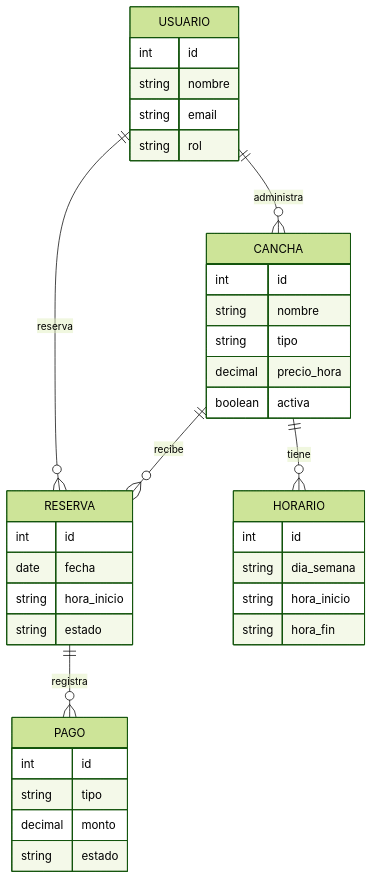
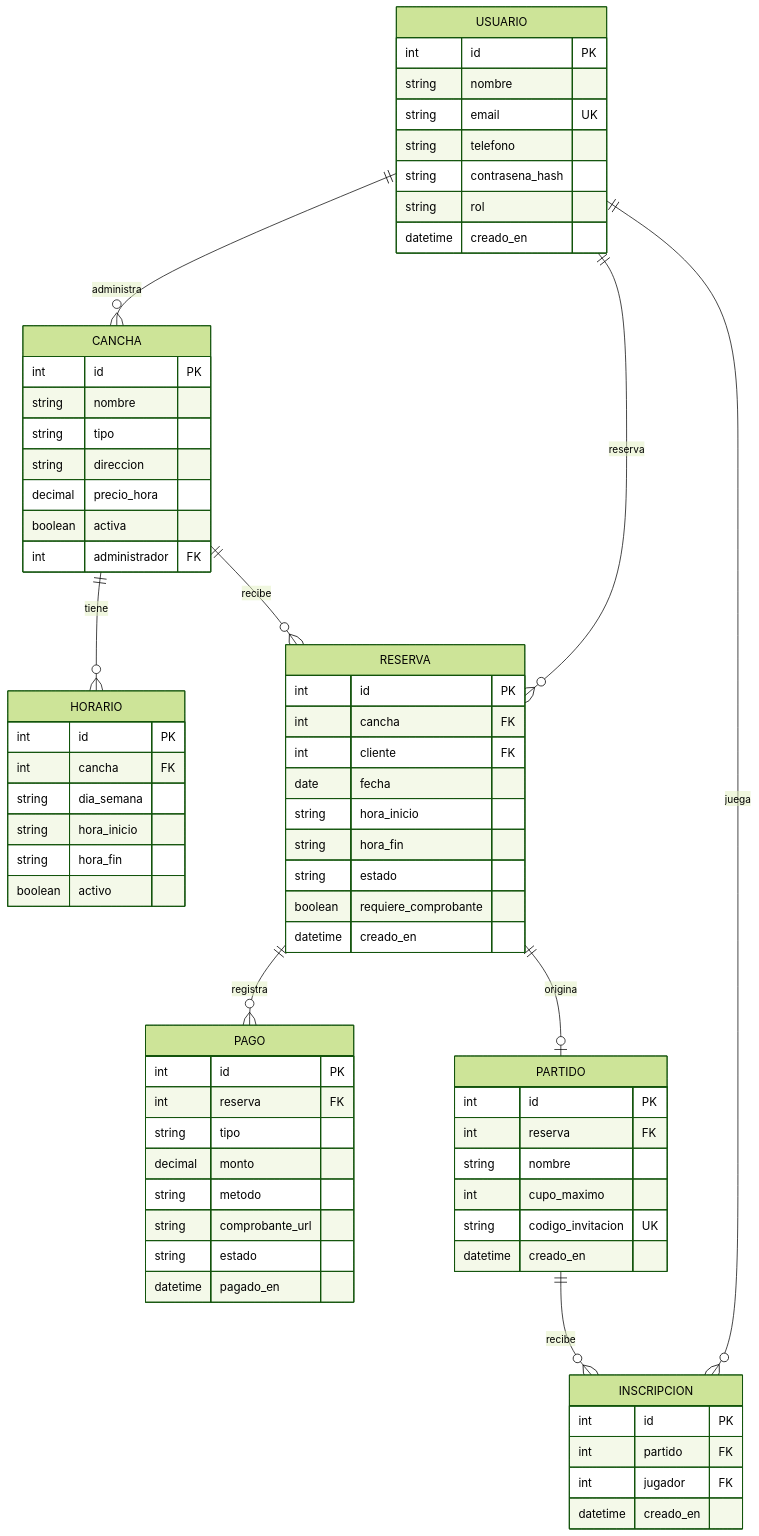
One commit to Pibex17/GO-ARQUITECTURA changed the first of 2 diagrams in docs/hito1_ficha_del_negocio.md. Above: the diagram before and after it, drawn with Mermaid (forest theme). The commit also changed other lines of this file, not shown here.

````diff
--- a/docs/hito1_ficha_del_negocio.md
+++ b/docs/hito1_ficha_del_negocio.md
@@ -237,40 +300,73 @@
 ```mermaid
 erDiagram
     USUARIO ||--o{ CANCHA : administra
     USUARIO ||--o{ RESERVA : reserva
+    USUARIO ||--o{ INSCRIPCION : juega
     CANCHA ||--o{ HORARIO : tiene
     CANCHA ||--o{ RESERVA : recibe
     RESERVA ||--o{ PAGO : registra
+    RESERVA ||--o| PARTIDO : origina
+    PARTIDO ||--o{ INSCRIPCION : recibe
 
     USUARIO {
-        int id
+        int id PK
         string nombre
-        string email
+        string email UK
+        string telefono
+        string contrasena_hash
         string rol
+        datetime creado_en
     }
     CANCHA {
-        int id
+        int id PK
         string nombre
         string tipo
+        string direccion
         decimal precio_hora
         boolean activa
+        int administrador FK
     }
     HORARIO {
-        int id
+        int id PK
+        int cancha FK
         string dia_semana
         string hora_inicio
         string hora_fin
+        boolean activo
     }
     RESERVA {
-        int id
+        int id PK
+        int cancha FK
+        int cliente FK
         date fecha
         string hora_inicio
+        string hora_fin
         string estado
+        boolean requiere_comprobante
+        datetime creado_en
     }
     PAGO {
-        int id
+        int id PK
+        int reserva FK
         string tipo
         decimal monto
+        string metodo
+        string comprobante_url
         string estado
+        datetime pagado_en
+    }
+    PARTIDO {
+        int id PK
+        int reserva FK
+        string nombre
+        int cupo_maximo
+        string codigo_invitacion UK
+        datetime creado_en
+    }
+    INSCRIPCION {
+        int id PK
+        int partido FK
+        int jugador FK
+        datetime creado_en
     }
 ```
````
